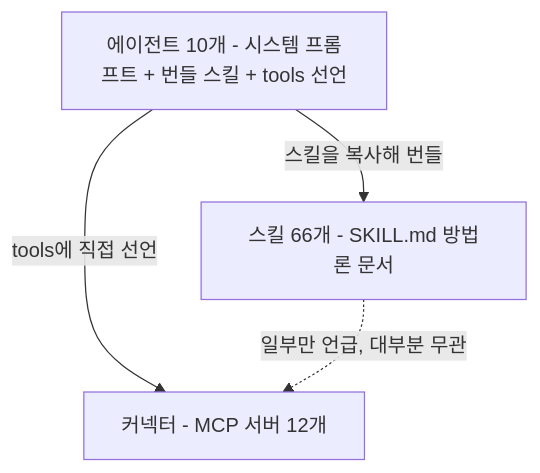
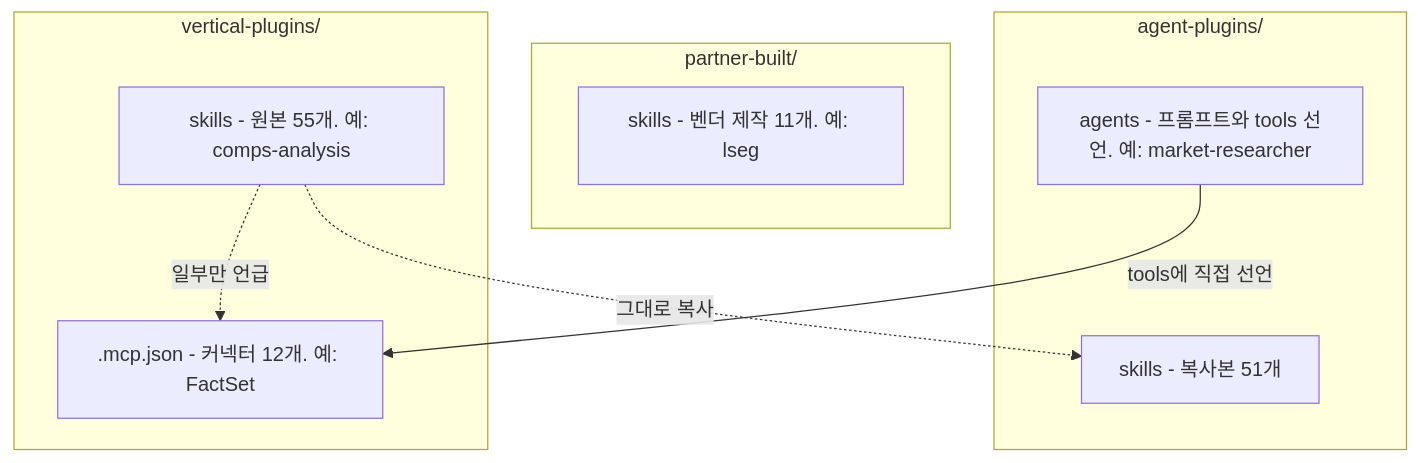
One commit to kenshin579/investment.advenoh.pe.kr changed the diagram in contents/etc/claude-code-finance-skills-guide/index.md. Above: the diagram before and after it, drawn with Mermaid. The commit also changed other lines of this file, not shown here.

````diff
--- a/contents/etc/claude-code-finance-skills-guide/index.md
+++ b/contents/etc/claude-code-finance-skills-guide/index.md
@@ -60,9 +52,17 @@
 ```mermaid
 graph TD
-    A["에이전트 10개 - 시스템 프롬프트 + 번들 스킬 + tools 선언"]
-    S["스킬 66개 - SKILL.md 방법론 문서"]
-    C["커넥터 - MCP 서버 12개"]
-    A -->|스킬을 복사해 번들| S
-    A -->|tools에 직접 선언| C
-    S -.->|일부만 언급, 대부분 무관| C
+    subgraph P["partner-built/"]
+        PS["skills - 벤더 제작 11개. 예: lseg"]
+    end
+    subgraph A["agent-plugins/"]
+        AG["agents - 프롬프트와 tools 선언. 예: market-researcher"]
+        AS["skills - 복사본 51개"]
+    end
+    subgraph V["vertical-plugins/"]
+        S["skills - 원본 55개. 예: comps-analysis"]
+        M[".mcp.json - 커넥터 12개. 예: FactSet"]
+    end
+    S -.->|그대로 복사| AS
+    S -.->|일부만 언급| M
+    AG -->|tools에 직접 선언| M
 ```
````
